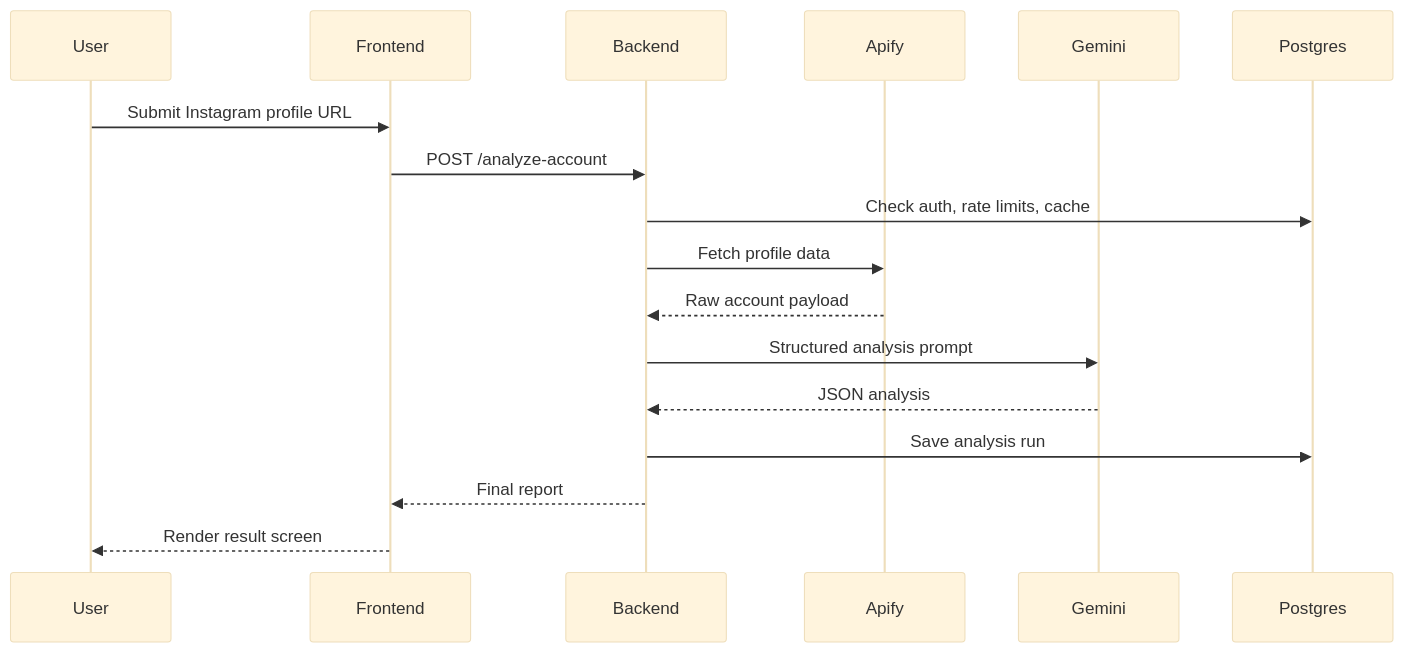
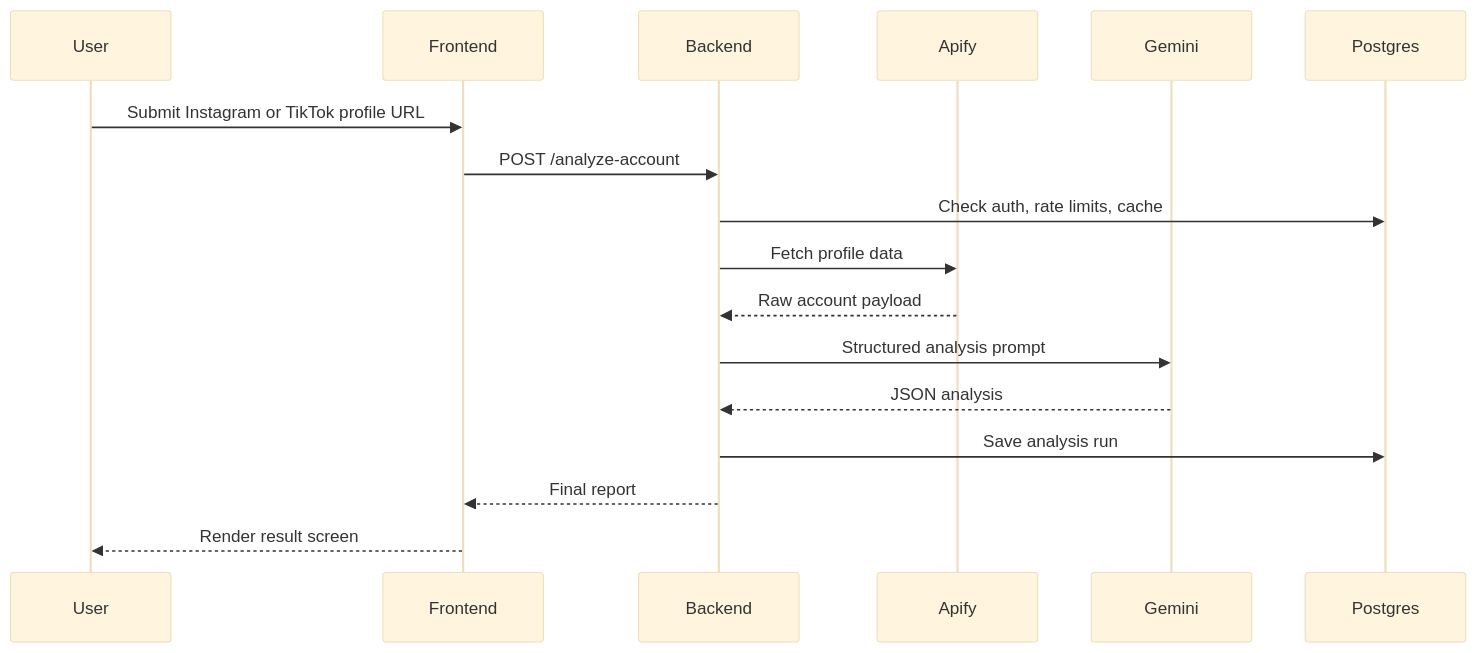
Before and after one commit to Qoziwe/Alignd: the second of 3 diagrams in README.md, drawn with Mermaid (base theme). The commit also changed other lines of this file and 10 other files, not shown here.

First line of the commit message:
feat: add TikTok profile analysis support and enhance loading experience

````diff
--- a/README.md
+++ b/README.md
@@ -39,20 +39,20 @@
 ```mermaid
 sequenceDiagram
     participant User
     participant Frontend
     participant Backend
     participant Apify
     participant Gemini
     participant Postgres
 
-    User->>Frontend: Submit Instagram profile URL
+    User->>Frontend: Submit Instagram or TikTok profile URL
     Frontend->>Backend: POST /analyze-account
     Backend->>Postgres: Check auth, rate limits, cache
     Backend->>Apify: Fetch profile data
     Apify-->>Backend: Raw account payload
     Backend->>Gemini: Structured analysis prompt
     Gemini-->>Backend: JSON analysis
     Backend->>Postgres: Save analysis run
     Backend-->>Frontend: Final report
     Frontend-->>User: Render result screen
 ```
````
